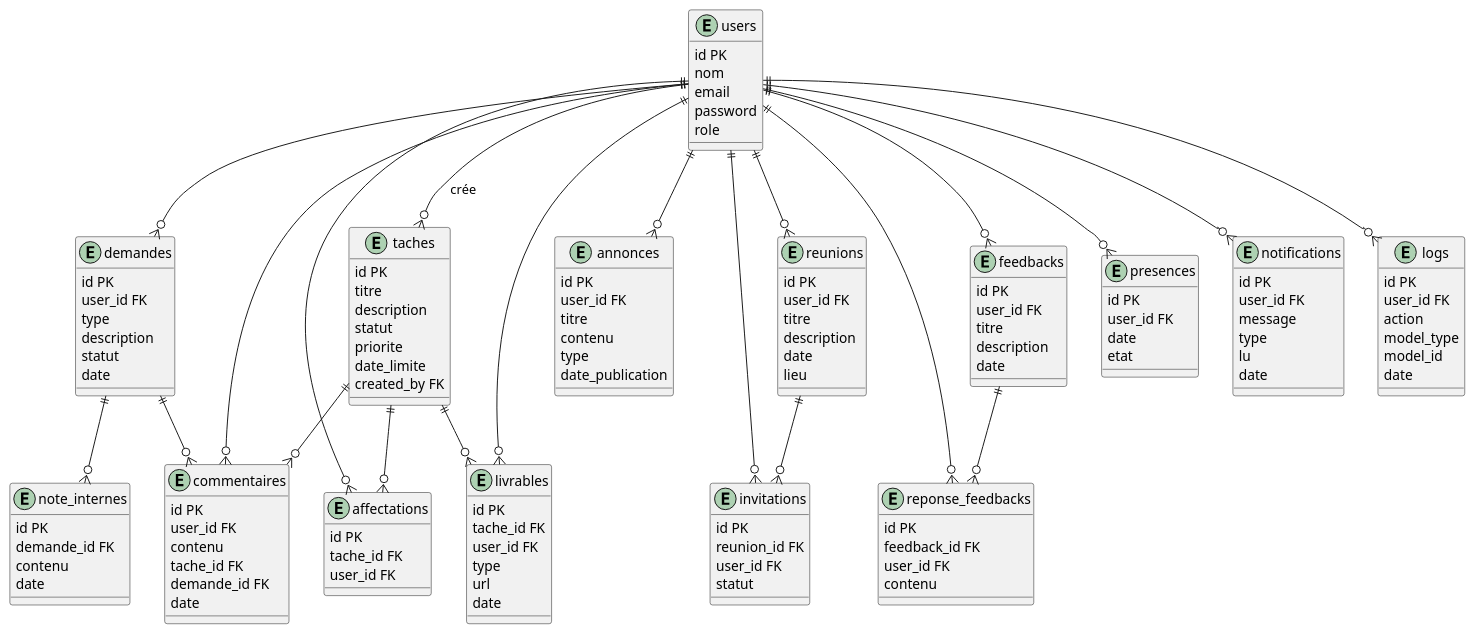
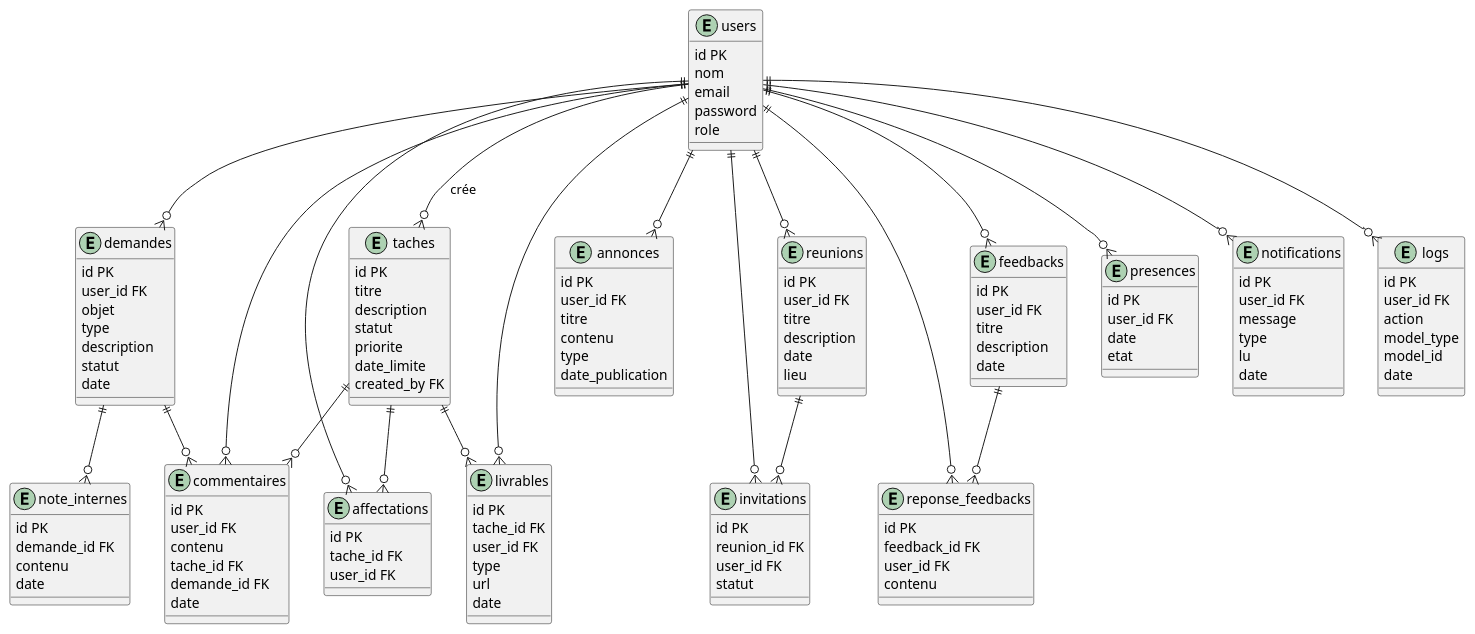
Before and after one commit to Yassinenmila/TeamBoard: the diagram in diagrame/ERDdiagrame.puml, drawn with PlantUML. The commit also changed 5 other files, not shown here.

```diff
--- a/diagrame/ERDdiagrame.puml
+++ b/diagrame/ERDdiagrame.puml
@@ -1,157 +1,158 @@
 @startuml TeamBoard_ERD
 
 entity users {
     id PK
     nom
     email
     password
     role
 }
 
 entity demandes {
     id PK
     user_id FK
+    objet
     type
     description
     statut
     date
 }
 
 entity note_internes {
     id PK
     demande_id FK
     contenu
     date
 }
 
 entity taches {
     id PK
     titre
     description
     statut
     priorite
     date_limite
     created_by FK
 }
 
 entity affectations {
     id PK
     tache_id FK
     user_id FK
 }
 
 entity livrables {
     id PK
     tache_id FK
     user_id FK
     type
     url
     date
 }
 
 entity commentaires {
     id PK
     user_id FK
     contenu
     tache_id FK
     demande_id FK
     date
 }
 
 entity annonces {
     id PK
     user_id FK
     titre
     contenu
     type
     date_publication
 }
 
 entity reunions {
     id PK
     user_id FK
     titre
     description
     date
     lieu
 }
 
 entity invitations {
     id PK
     reunion_id FK
     user_id FK
     statut
 }
 
 entity feedbacks {
     id PK
     user_id FK
     titre
     description
     date
 }
 
 entity reponse_feedbacks {
     id PK
     feedback_id FK
     user_id FK
     contenu
 }
 
 entity presences {
     id PK
     user_id FK
     date
     etat
 }
 
 entity notifications {
     id PK
     user_id FK
     message
     type
     lu
     date
 }
 
 entity logs {
     id PK
     user_id FK
     action
     model_type
     model_id
     date
 }
 
 ' ===== Relations =====
 users ||--o{ demandes
 demandes ||--o{ note_internes
 
 users ||--o{ taches : crée
 taches ||--o{ affectations
 users ||--o{ affectations
 
 taches ||--o{ livrables
 users ||--o{ livrables
 
 taches ||--o{ commentaires
 demandes ||--o{ commentaires
 users ||--o{ commentaires
 
 users ||--o{ annonces
 
 users ||--o{ reunions
 reunions ||--o{ invitations
 users ||--o{ invitations
 
 users ||--o{ feedbacks
 feedbacks ||--o{ reponse_feedbacks
 users ||--o{ reponse_feedbacks
 
 users ||--o{ presences
 
 users ||--o{ notifications
 
 users ||--o{ logs
 
 @enduml
```
